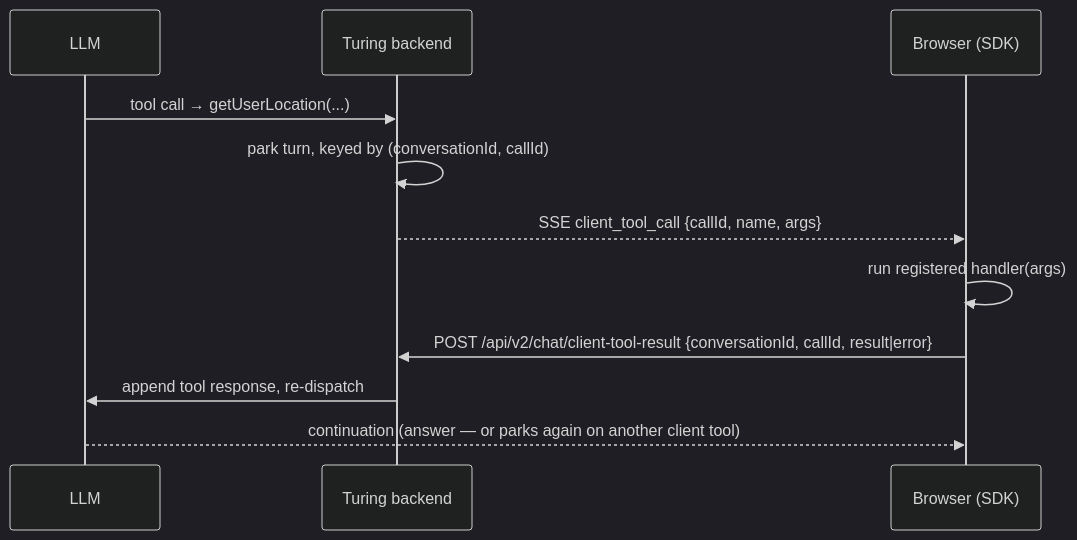
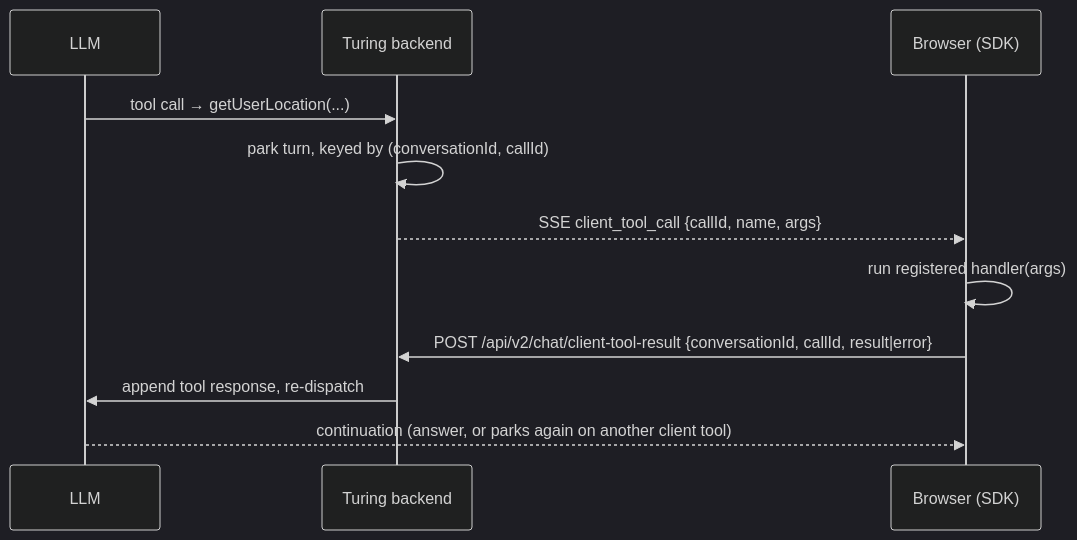
The diagram in docs-turing/client-tools.md (openviglet/docs), drawn with Mermaid (dark theme) before and after one commit. The commit also changed other lines of this file and 125 other files, not shown here.

````diff
--- a/docs-turing/client-tools.md
+++ b/docs-turing/client-tools.md
@@ -55,13 +55,13 @@
 ```mermaid
 sequenceDiagram
     participant LLM
     participant Backend as Turing backend
     participant UI as Browser (SDK)
     LLM->>Backend: tool call → getUserLocation(...)
     Backend->>Backend: park turn, keyed by (conversationId, callId)
     Backend-->>UI: SSE client_tool_call {callId, name, args}
     UI->>UI: run registered handler(args)
     UI->>Backend: POST /api/v2/chat/client-tool-result {conversationId, callId, result|error}
     Backend->>LLM: append tool response, re-dispatch
-    LLM-->>UI: continuation (answer — or parks again on another client tool)
+    LLM-->>UI: continuation (answer, or parks again on another client tool)
 ```
````
